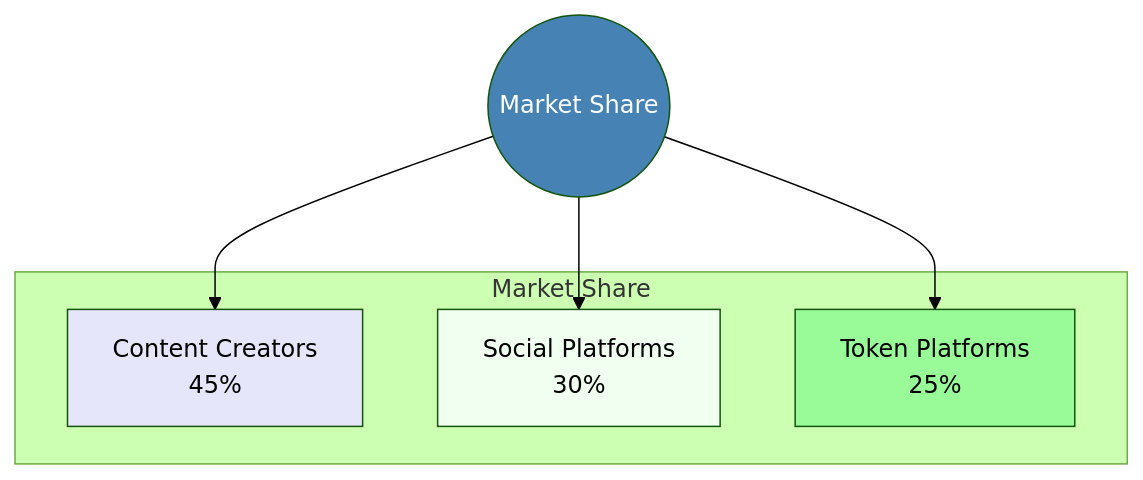
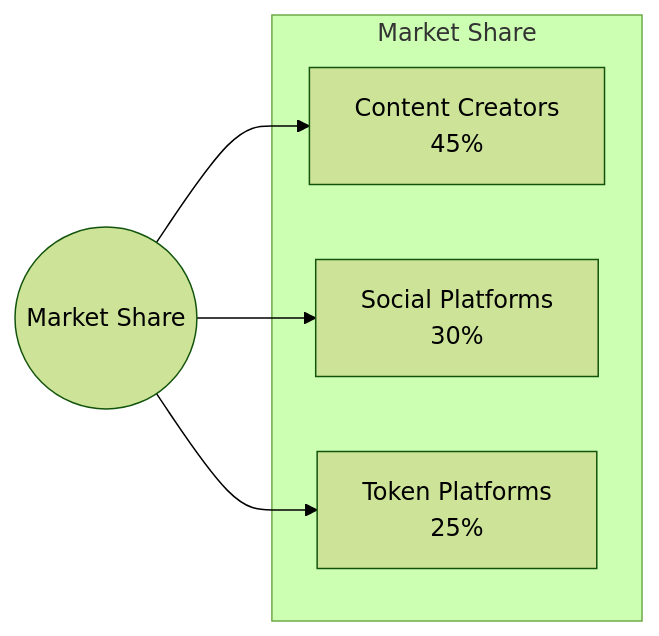
Before and after one commit to MEMEFANS/memefans: the second of 13 diagrams in docs/whitepaper/market-analysis.md, drawn with Mermaid (forest theme). The commit also changed other lines of this file, not shown here.

Commit message:
fix: convert all graphs to simple LR format for maximum compatibility

````diff
--- a/docs/whitepaper/market-analysis.md
+++ b/docs/whitepaper/market-analysis.md
@@ -53,17 +45,12 @@
 ```mermaid
-graph TD
+graph LR
     subgraph Market Share
         CC[Content Creators\n45%]
         SP[Social Platforms\n30%]
         TP[Token Platforms\n25%]
     end
     
     MS((Market Share)) --> CC
     MS --> SP
     MS --> TP
-    
-    style MS fill:#4682B4,color:#FFFFFF
-    style CC fill:#E6E6FA,color:#000000
-    style SP fill:#F0FFF0,color:#000000
-    style TP fill:#98FB98,color:#000000
 ```
````
